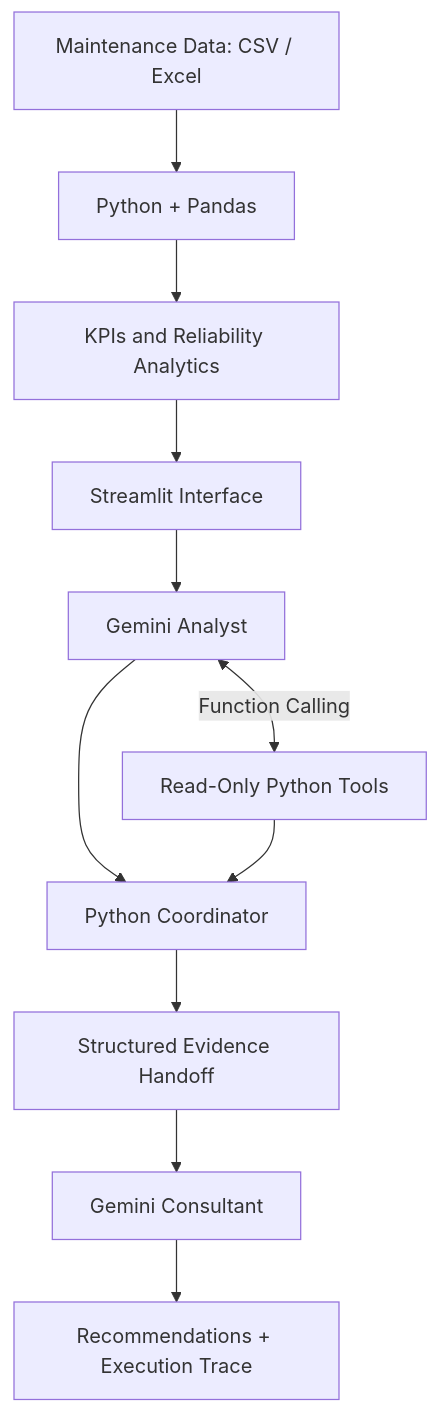
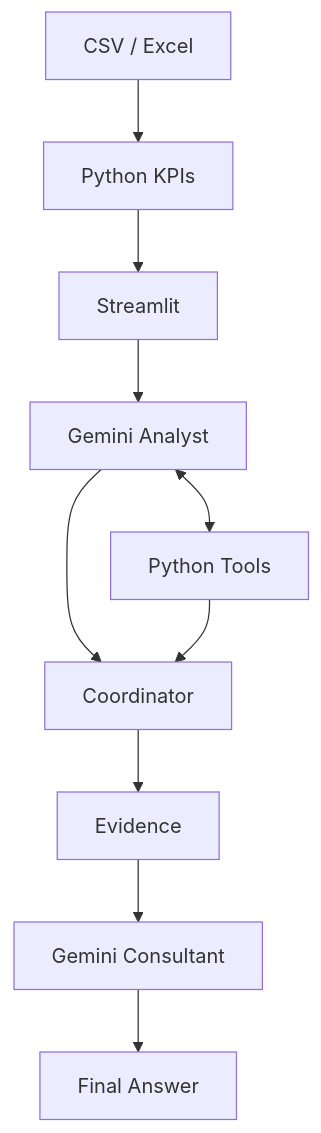
One commit to ioglas-af/ai-maintenance changed the diagram in README.md. Above: the diagram before and after it, drawn with Mermaid. The commit also changed other lines of this file, not shown here.

Commit message:
Revise multi-agent architecture flowchart in README
Updated the flowchart to reflect changes in the multi-agent architecture, including new components and connections.

````diff
--- a/README.md
+++ b/README.md
@@ -68,13 +69,12 @@
 ```mermaid
 flowchart TD
-    A["Maintenance Data: CSV / Excel"] --> B["Python + Pandas"]
-    B --> C["KPIs and Reliability Analytics"]
-    C --> D["Streamlit Interface"]
-    D --> E["Gemini Analyst"]
-    E <-->|"Function Calling"| F["Read-Only Python Tools"]
-    E --> G["Python Coordinator"]
-    F --> G
-    G --> H["Structured Evidence Handoff"]
-    H --> I["Gemini Consultant"]
-    I --> J["Recommendations + Execution Trace"]
+    A["CSV / Excel"] --> B["Python KPIs"]
+    B --> C["Streamlit"]
+    C --> D["Gemini Analyst"]
+    D <--> E["Python Tools"]
+    D --> F["Coordinator"]
+    E --> F
+    F --> G["Evidence"]
+    G --> H["Gemini Consultant"]
+    H --> I["Final Answer"]
 ```
````
